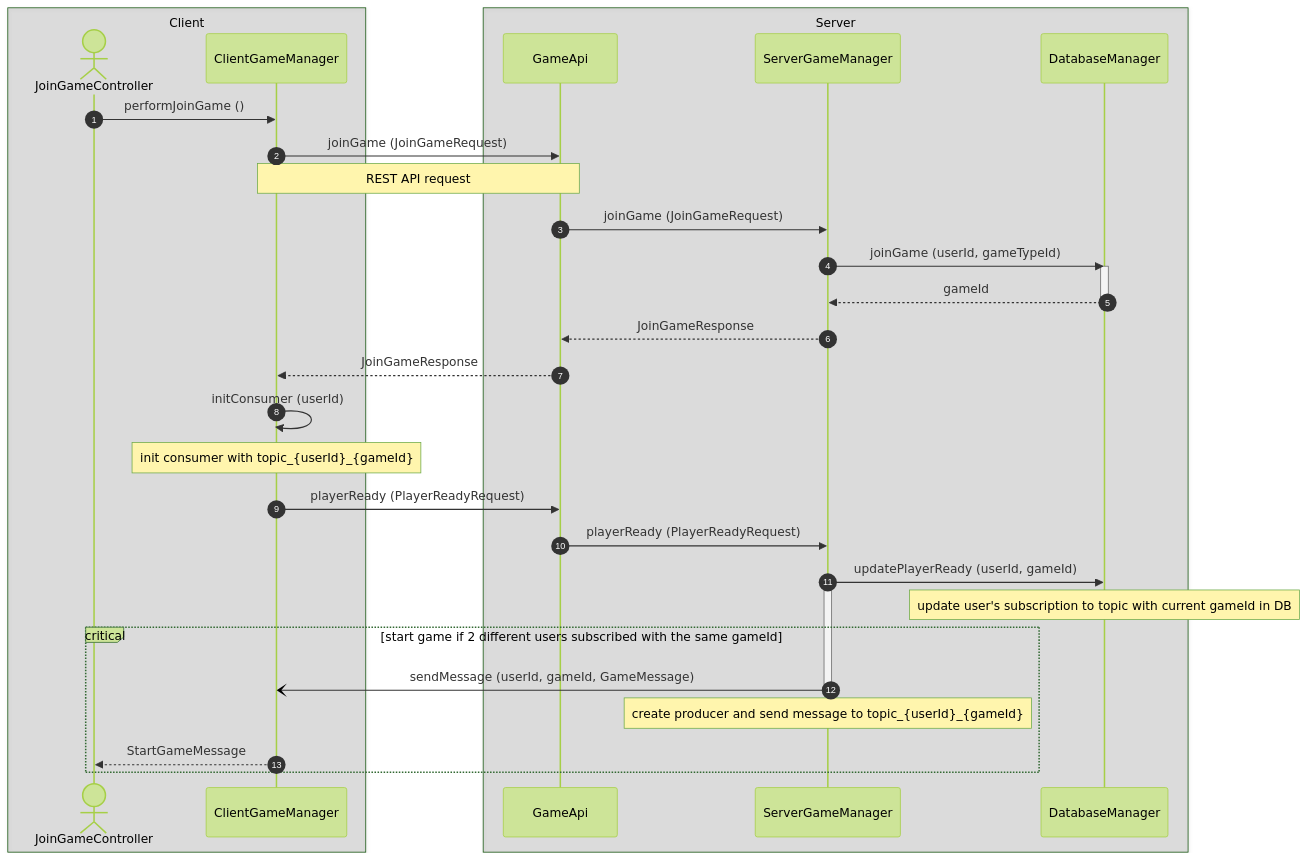
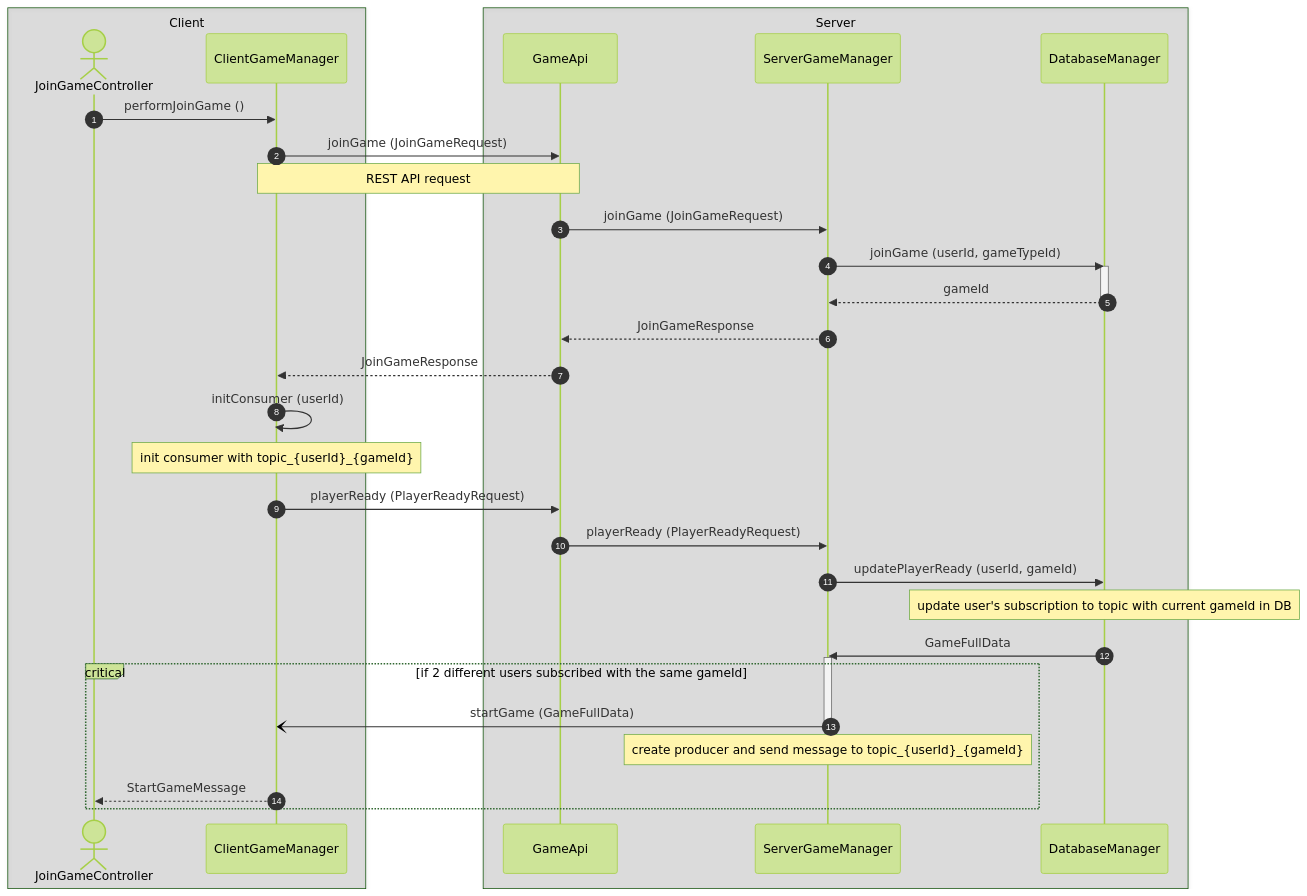
One commit to alice-ruv/board-games changed the diagram in README.md. Above: the diagram before and after it, drawn with Mermaid (forest theme).

````diff
--- a/README.md
+++ b/README.md
@@ -151,37 +151,38 @@
 ```mermaid 
 sequenceDiagram
 autonumber
 actor JoinGameController
 JoinGameController ->> ClientGameManager: performJoinGame ()
 ClientGameManager ->> GameApi: joinGame (JoinGameRequest)
 note over ClientGameManager, GameApi: REST API request
 GameApi ->> ServerGameManager: joinGame (JoinGameRequest)
 ServerGameManager ->> DatabaseManager: joinGame (userId, gameTypeId)
 activate DatabaseManager
 DatabaseManager -->> ServerGameManager: gameId
 deactivate DatabaseManager
 ServerGameManager -->> GameApi: JoinGameResponse
 GameApi -->> ClientGameManager: JoinGameResponse
 ClientGameManager ->> ClientGameManager: initConsumer (userId) 
 note over ClientGameManager: init consumer with topic_{userId}_{gameId}
 ClientGameManager ->> GameApi: playerReady (PlayerReadyRequest)
 GameApi ->> ServerGameManager: playerReady (PlayerReadyRequest)
 ServerGameManager ->> DatabaseManager: updatePlayerReady (userId, gameId)
+note over DatabaseManager: update user's subscription to topic with current gameId in DB
+DatabaseManager ->> ServerGameManager: GameFullData
 activate ServerGameManager
-note over DatabaseManager: update user's subscription to topic with current gameId in DB
-critical start game if 2 different users subscribed with the same gameId
-ServerGameManager -) ClientGameManager: sendMessage (userId, gameId, GameMessage)
+critical if 2 different users subscribed with the same gameId
+ServerGameManager -) ClientGameManager: startGame (GameFullData)
 deactivate ServerGameManager
 note over ServerGameManager: create producer and send message to topic_{userId}_{gameId} 
 ClientGameManager -->> JoinGameController: StartGameMessage
 end
 box rgba(100, 100, 100, .2) Client
 participant JoinGameController
 participant ClientGameManager
 end
 box rgba(100, 100, 100, .2) Server
 participant GameApi
 participant ServerGameManager
 participant DatabaseManager
 end
 ```
````
